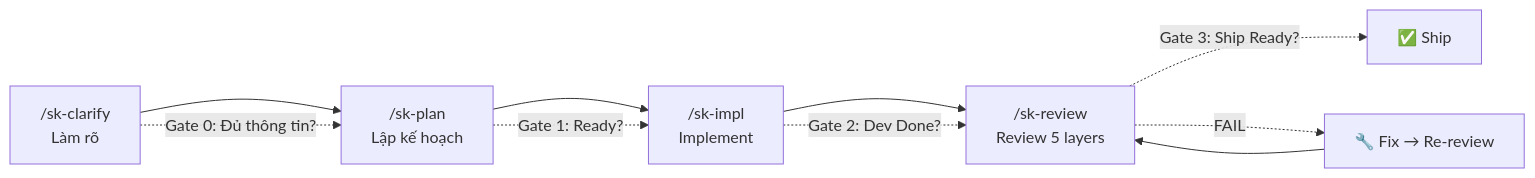
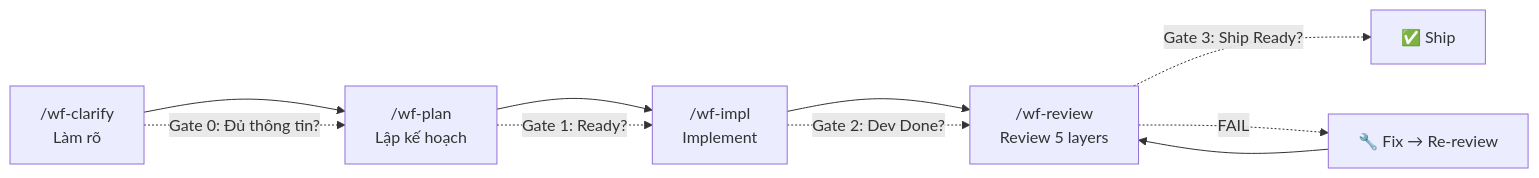
One commit to Sonleeee/Agent-Dev-Kit changed the third of 6 diagrams in HowItWorks.md. Above: the diagram before and after it, drawn with Mermaid. The commit also changed other lines of this file and 44 other files, not shown here.

````diff
--- a/HowItWorks.md
+++ b/HowItWorks.md
@@ -88,13 +88,13 @@
 ```mermaid
 flowchart LR
-    C["/sk-clarify<br/>Làm rõ"] --> P["/sk-plan<br/>Lập kế hoạch"]
-    P --> I["/sk-impl<br/>Implement"]
-    I --> R["/sk-review<br/>Review 5 layers"]
+    C["/wf-clarify<br/>Làm rõ"] --> P["/wf-plan<br/>Lập kế hoạch"]
+    P --> I["/wf-impl<br/>Implement"]
+    I --> R["/wf-review<br/>Review 5 layers"]
   
     C -.->|Gate 0: Đủ thông tin?| P
     P -.->|Gate 1: Ready?| I
     I -.->|Gate 2: Dev Done?| R
     R -.->|Gate 3: Ship Ready?| SHIP["✅ Ship"]
     R -.->|FAIL| FIX["🔧 Fix → Re-review"]
     FIX --> R
 ```
````
